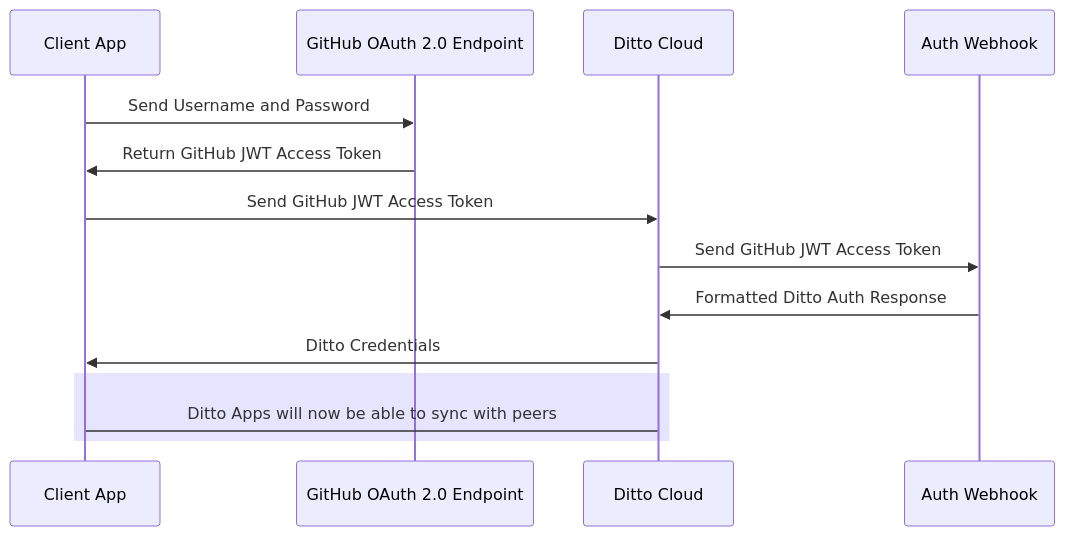
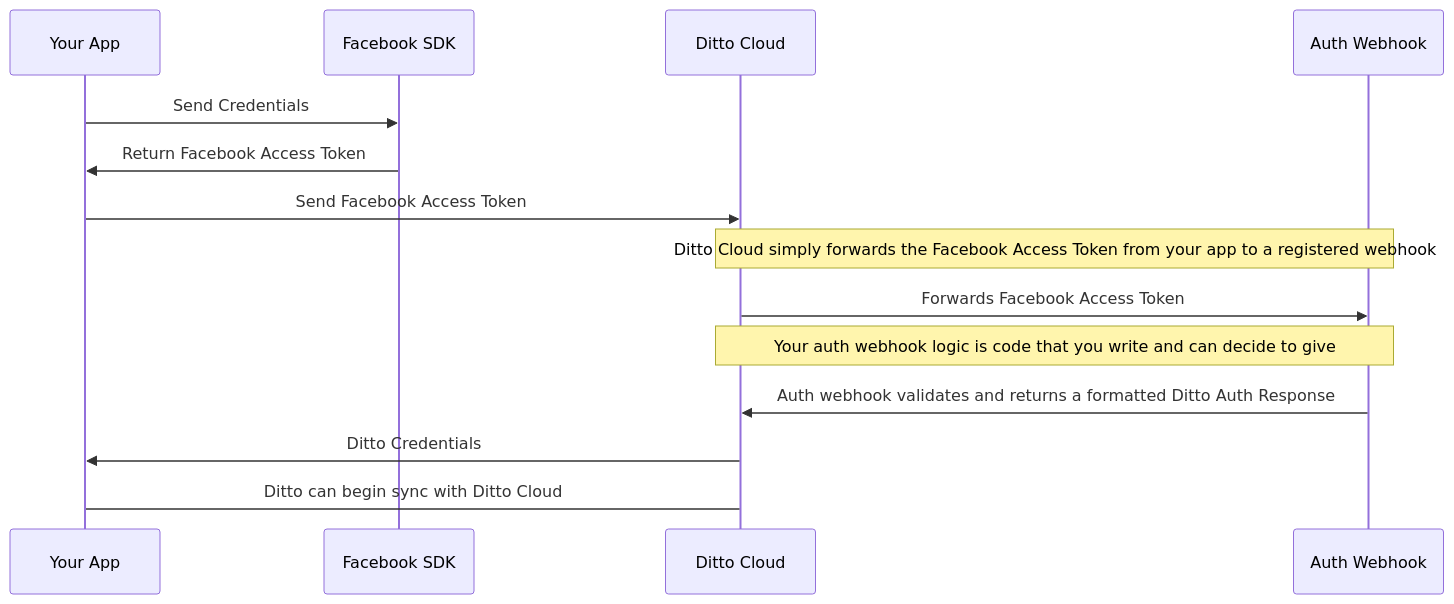
Before and after one commit to weesvisje/docs: the second of 2 diagrams in docs/security/online-with-authentication/overview.mdx, drawn with Mermaid. The commit also changed other lines of this file and 44 other files, not shown here.

````diff
--- a/docs/security/online-with-authentication/overview.mdx
+++ b/docs/security/online-with-authentication/overview.mdx
@@ -40,12 +46,12 @@
 ```mermaid
 sequenceDiagram
-    Client App->>GitHub OAuth 2.0 Endpoint: Send Username and Password
-    GitHub OAuth 2.0 Endpoint->>Client App: Return GitHub JWT Access Token
-    Client App->>Ditto Cloud: Send GitHub JWT Access Token
-    Ditto Cloud->>Auth Webhook: Send GitHub JWT Access Token 
-    Auth Webhook->>Ditto Cloud: Formatted Ditto Auth Response
-    Ditto Cloud->>Client App: Ditto Credentials
-    rect rgba(0, 0, 255, .1)
-      Client App->Ditto Cloud: Ditto Apps will now be able to sync with peers
-    end
+    Your App->>Facebook SDK: Send Credentials
+    Facebook SDK->>Your App: Return Facebook Access Token
+    Your App->>Ditto Cloud: Send Facebook Access Token
+    Note over Ditto Cloud,Auth Webhook: Ditto Cloud simply forwards the Facebook Access Token from your app to a registered webhook
+    Ditto Cloud->>Auth Webhook: Forwards Facebook Access Token 
+    Note over Auth Webhook,Ditto Cloud: Your auth webhook logic is code that you write and can decide to give 
+    Auth Webhook->>Ditto Cloud: Auth webhook validates and returns a formatted Ditto Auth Response
+    Ditto Cloud->>Your App: Ditto Credentials
+    Your App->Ditto Cloud: Ditto can begin sync with Ditto Cloud
 ```
````
